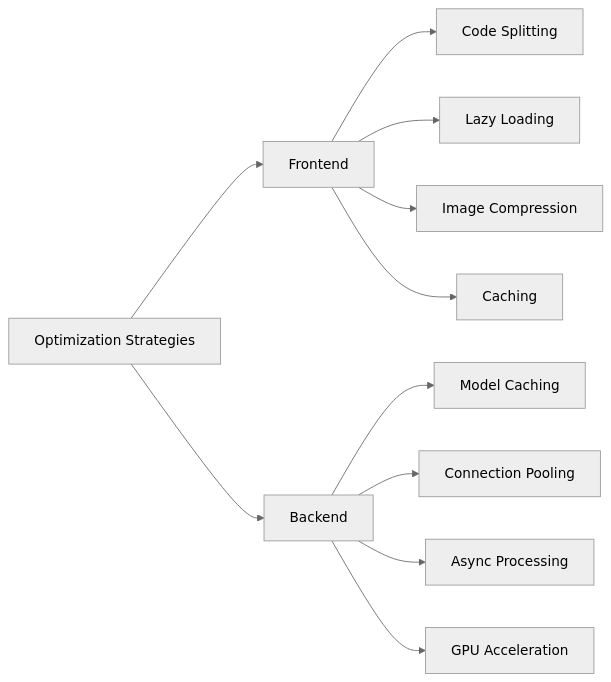
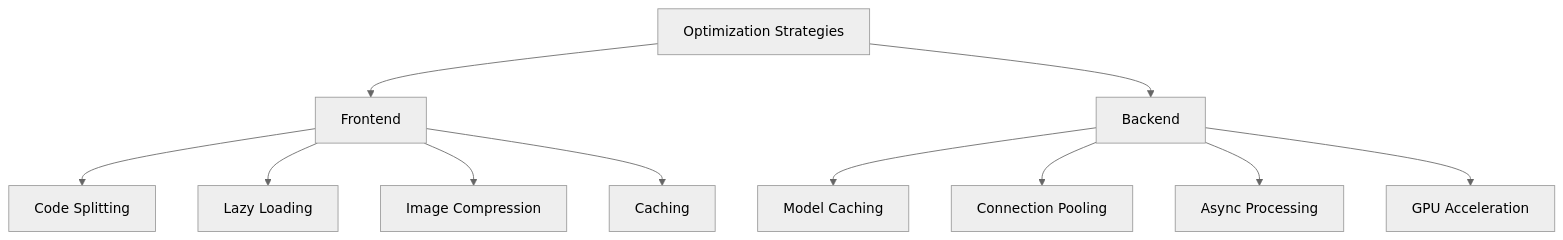
Before and after one commit to BTech20/biometric-auth-system: diagram 13 of 14 in ARCHITECTURE.md, drawn with Mermaid (neutral theme). The commit also changed other lines of this file, not shown here.

First line of the commit message:
Fix Mermaid diagram rendering issues for GitHub

````diff
--- a/ARCHITECTURE.md
+++ b/ARCHITECTURE.md
@@ -467,16 +491,16 @@
 ```mermaid
-graph LR
-    A[Optimization Strategies]
-    A --> B[Frontend]
-    A --> C[Backend]
+flowchart TD
+    A["Optimization Strategies"]
+    A --> B["Frontend"]
+    A --> C["Backend"]
     
-    B --> D[Code Splitting]
-    B --> E[Lazy Loading]
-    B --> F[Image Compression]
-    B --> G[Caching]
+    B --> D["Code Splitting"]
+    B --> E["Lazy Loading"]
+    B --> F["Image Compression"]
+    B --> G["Caching"]
     
-    C --> H[Model Caching]
-    C --> I[Connection Pooling]
-    C --> J[Async Processing]
-    C --> K[GPU Acceleration]
+    C --> H["Model Caching"]
+    C --> I["Connection Pooling"]
+    C --> J["Async Processing"]
+    C --> K["GPU Acceleration"]
 ```
````
